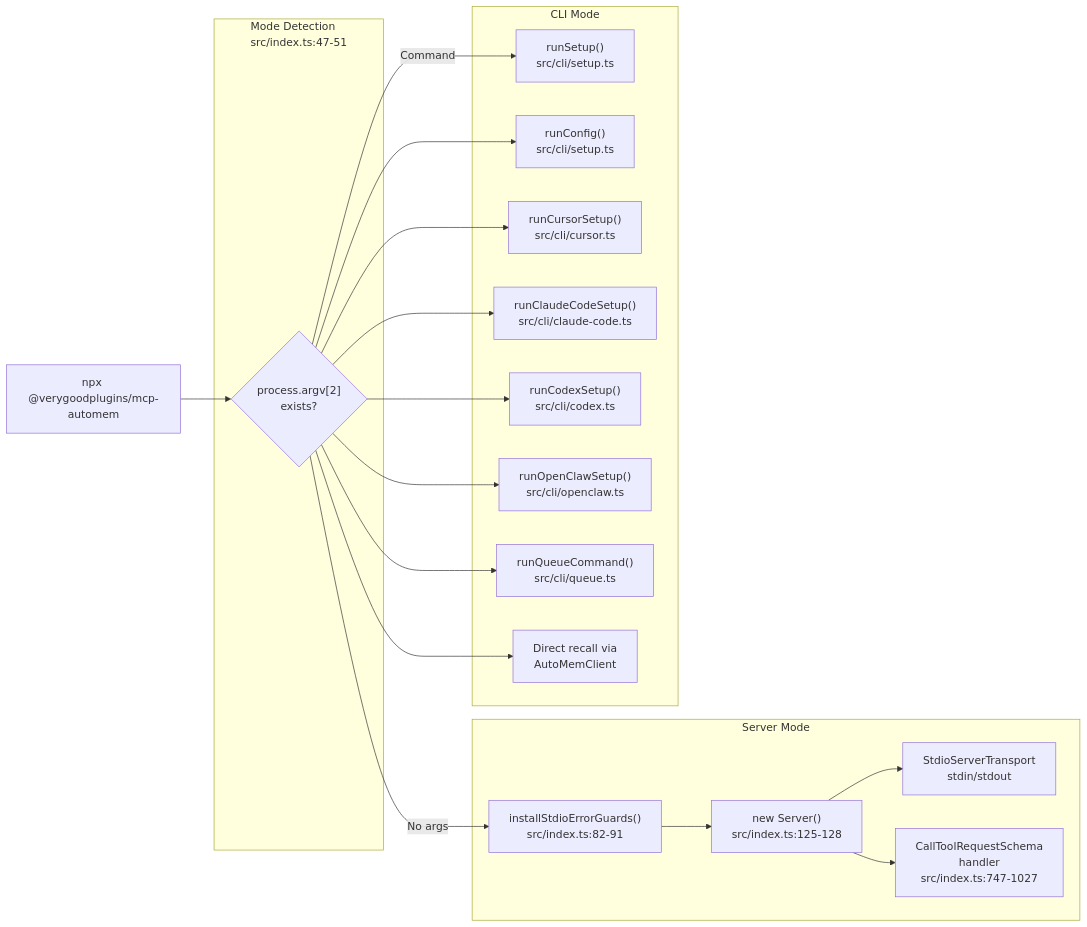
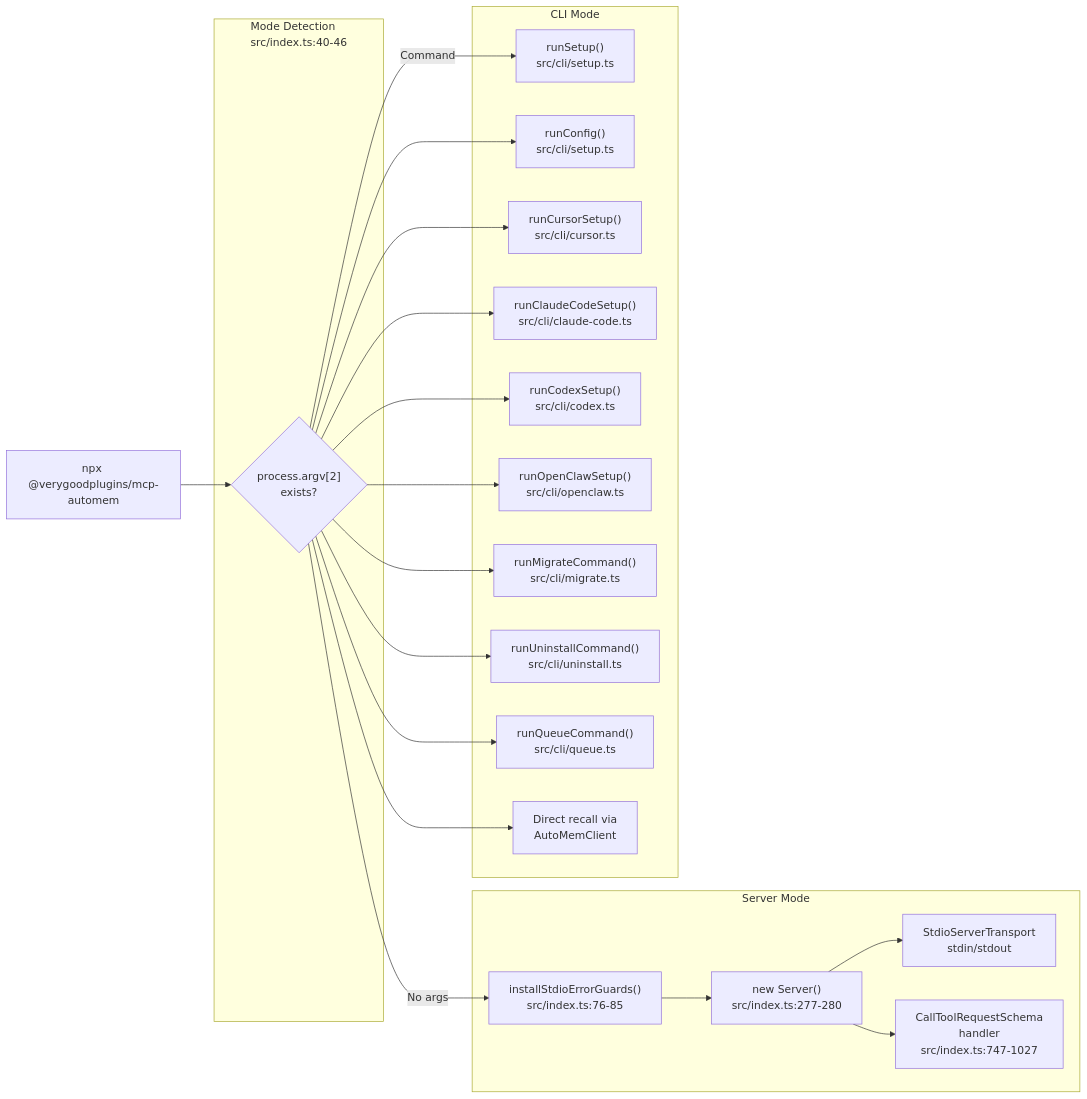
One commit to verygoodplugins/automem-website changed the second of 6 diagrams in src/content/docs/docs/architecture/mcp-bridge.md. Above: the diagram before and after it, drawn with Mermaid. The commit also changed other lines of this file, not shown here.

First line of the commit message:
docs: fix drift in MCP Bridge

````diff
--- a/src/content/docs/docs/architecture/mcp-bridge.md
+++ b/src/content/docs/docs/architecture/mcp-bridge.md
@@ -81,42 +81,46 @@
 ```mermaid
 graph LR
     START["npx @verygoodplugins/mcp-automem"]
 
-    subgraph Detection["Mode Detection<br/>src/index.ts:47-51"]
+    subgraph Detection["Mode Detection<br/>src/index.ts:40-46"]
         CHECK{"process.argv[2]<br/>exists?"}
     end
 
     subgraph Server_Mode["Server Mode"]
-        STDIO_GUARD["installStdioErrorGuards()<br/>src/index.ts:82-91"]
-        MCP_SERVER["new Server()<br/>src/index.ts:125-128"]
+        STDIO_GUARD["installStdioErrorGuards()<br/>src/index.ts:76-85"]
+        MCP_SERVER["new Server()<br/>src/index.ts:277-280"]
         STDIO_TRANSPORT["StdioServerTransport<br/>stdin/stdout"]
         TOOL_HANDLER["CallToolRequestSchema<br/>handler<br/>src/index.ts:747-1027"]
     end
 
     subgraph CLI_Mode["CLI Mode"]
         SETUP["runSetup()<br/>src/cli/setup.ts"]
         CONFIG["runConfig()<br/>src/cli/setup.ts"]
         CURSOR["runCursorSetup()<br/>src/cli/cursor.ts"]
         CLAUDE_CODE["runClaudeCodeSetup()<br/>src/cli/claude-code.ts"]
         CODEX["runCodexSetup()<br/>src/cli/codex.ts"]
         OPENCLAW["runOpenClawSetup()<br/>src/cli/openclaw.ts"]
+        MIGRATE["runMigrateCommand()<br/>src/cli/migrate.ts"]
+        UNINSTALL["runUninstallCommand()<br/>src/cli/uninstall.ts"]
         QUEUE["runQueueCommand()<br/>src/cli/queue.ts"]
         RECALL["Direct recall via<br/>AutoMemClient"]
     end
 
     START --> CHECK
     CHECK -->|"No args"| STDIO_GUARD
     CHECK -->|"Command"| SETUP
 
     STDIO_GUARD --> MCP_SERVER
     MCP_SERVER --> STDIO_TRANSPORT
     MCP_SERVER --> TOOL_HANDLER
 
     CHECK --> CONFIG
     CHECK --> CURSOR
     CHECK --> CLAUDE_CODE
     CHECK --> CODEX
     CHECK --> OPENCLAW
+    CHECK --> MIGRATE
+    CHECK --> UNINSTALL
     CHECK --> QUEUE
     CHECK --> RECALL
 ```
````
